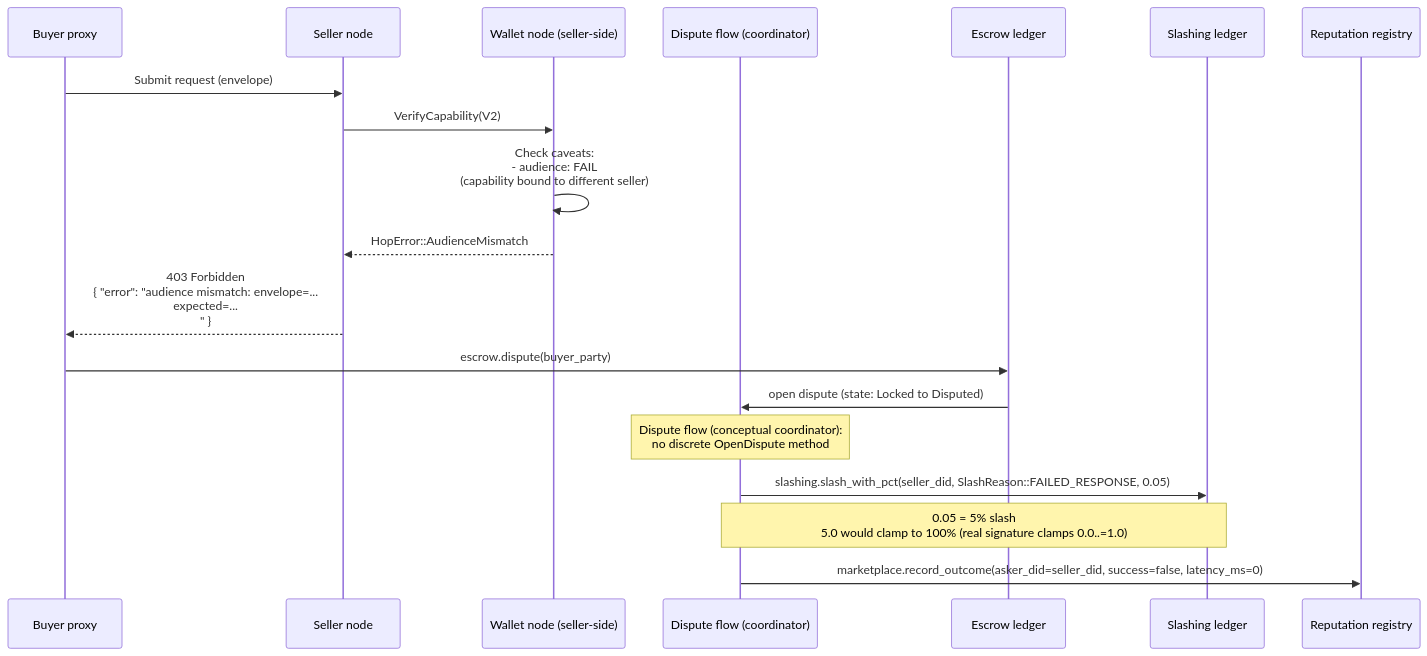
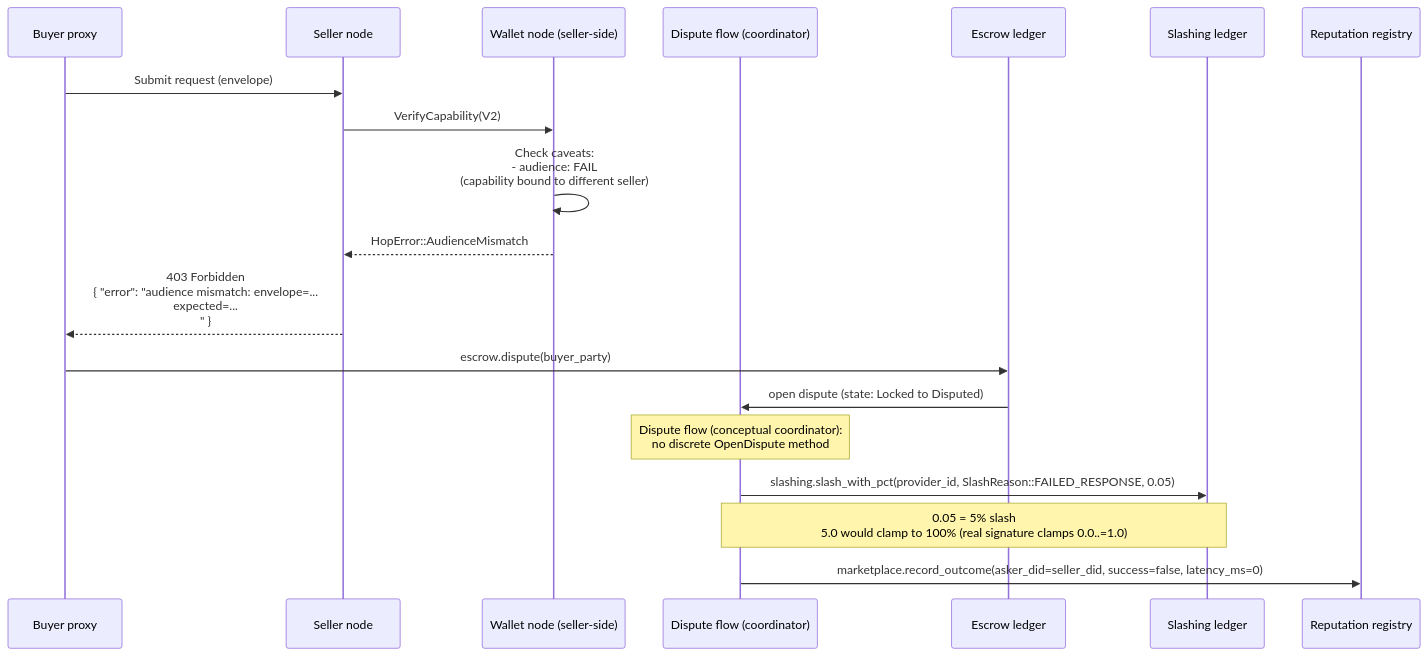
One commit to CipherOcto/cipherocto changed diagram 13 of 14 in docs/architecture/end-to-end-scenarios.md. Above: the diagram before and after it, drawn with Mermaid. The commit also changed other lines of this file and 1 other file, not shown here.

````diff
--- a/docs/architecture/end-to-end-scenarios.md
+++ b/docs/architecture/end-to-end-scenarios.md
@@ -586,23 +617,23 @@
 ```mermaid
 sequenceDiagram
     participant P0 as Buyer proxy
     participant SN as Seller node
     participant W as Wallet node (seller-side)
     participant D as Dispute flow (coordinator)
     participant E as Escrow ledger
     participant SL as Slashing ledger
     participant RR as Reputation registry
 
     P0->>SN: Submit request (envelope)
     SN->>W: VerifyCapability(V2)
     W->>W: Check caveats:<br/>  - audience: FAIL<br/>(capability bound to different seller)
     W-->>SN: HopError::AudienceMismatch
     SN-->>P0: 403 Forbidden<br/>{ "error": "audience mismatch: envelope=...<br/>  expected=...<br/>" }
 
     P0->>E: escrow.dispute(buyer_party)
     E->>D: open dispute (state: Locked to Disputed)
     Note over D: Dispute flow (conceptual coordinator):<br/>no discrete OpenDispute method
-    D->>SL: slashing.slash_with_pct(seller_did, SlashReason::FAILED_RESPONSE, 0.05)
+    D->>SL: slashing.slash_with_pct(provider_id, SlashReason::FAILED_RESPONSE, 0.05)
     Note over D,SL: 0.05 = 5% slash<br/>5.0 would clamp to 100% (real signature clamps 0.0..=1.0)
     D->>RR: marketplace.record_outcome(asker_did=seller_did, success=false, latency_ms=0)
 ```
````
